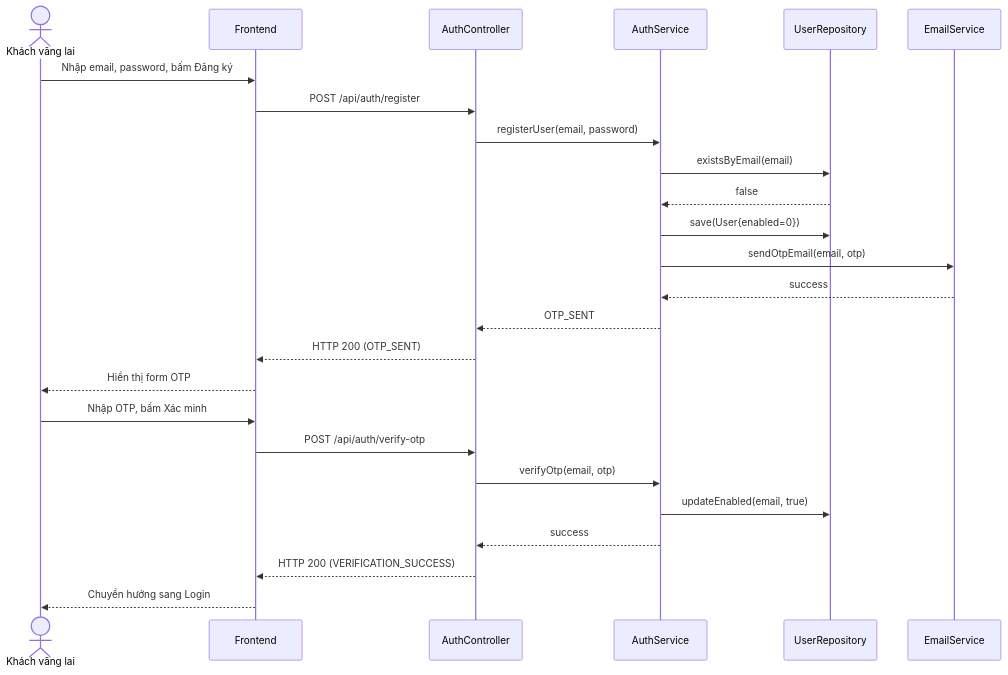
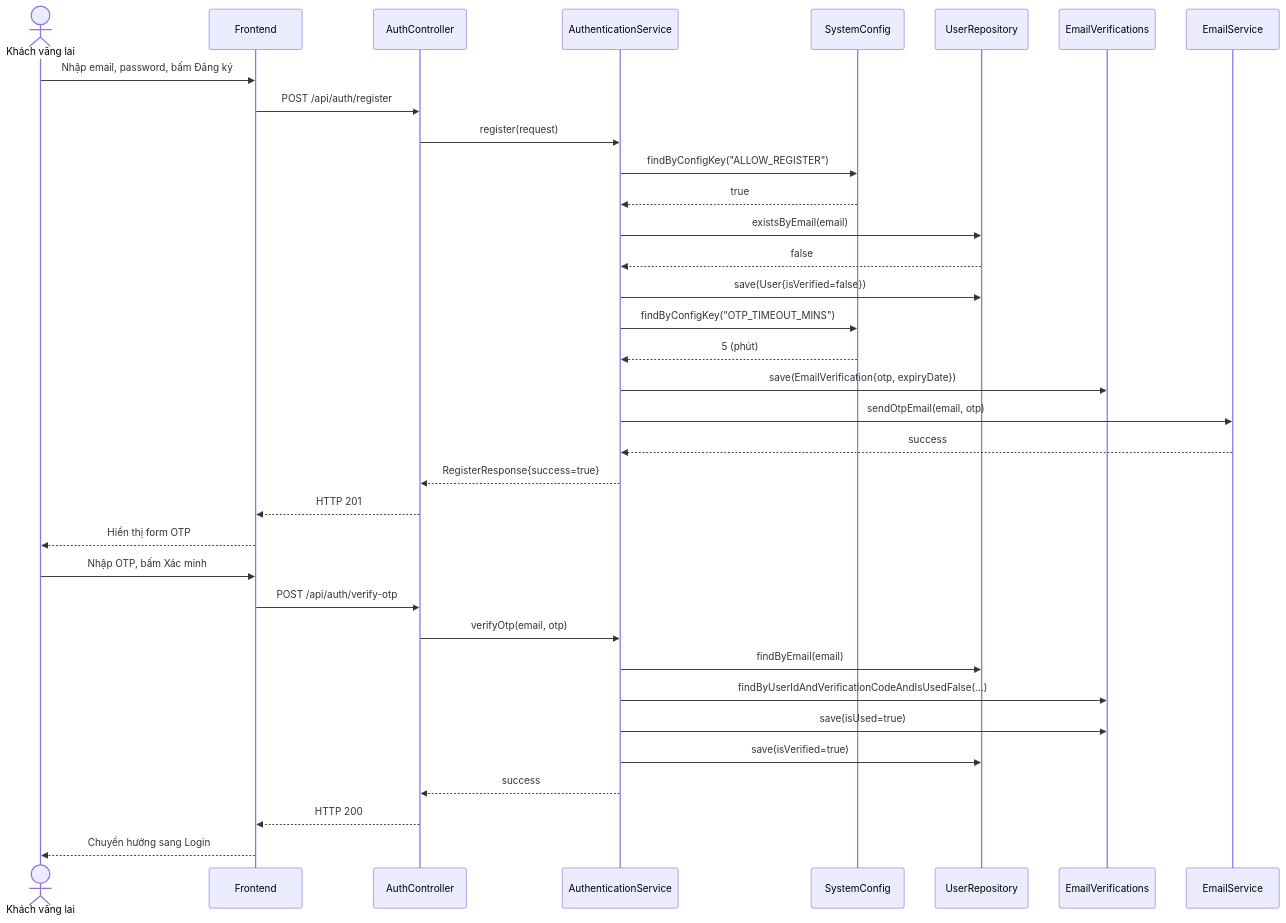
The first of 2 diagrams in MMO_Market/MMO_Market (3)/MMO_Market/.sdd/specs/backend/feat-auth/UC-01-authentication.md (Vietanh1712/mmo-system), drawn with Mermaid before and after one commit. The commit also changed other lines of this file and 49 other files, not shown here.

````diff
--- a/MMO_Market/MMO_Market (3)/MMO_Market/.sdd/specs/backend/feat-auth/UC-01-authentication.md
+++ b/MMO_Market/MMO_Market (3)/MMO_Market/.sdd/specs/backend/feat-auth/UC-01-authentication.md
@@ -118,28 +251,38 @@
 ```mermaid
 sequenceDiagram
     actor G as Khách vãng lai
     participant FE as Frontend
     participant AC as AuthController
-    participant AS as AuthService
+    participant AS as AuthenticationService
+    participant SC as SystemConfig
     participant UR as UserRepository
+    participant EV as EmailVerifications
     participant ES as EmailService
 
     G->>FE: Nhập email, password, bấm Đăng ký
     FE->>AC: POST /api/auth/register
-    AC->>AS: registerUser(email, password)
+    AC->>AS: register(request)
+    AS->>SC: findByConfigKey("ALLOW_REGISTER")
+    SC-->>AS: true
     AS->>UR: existsByEmail(email)
     UR-->>AS: false
-    AS->>UR: save(User{enabled=0})
+    AS->>UR: save(User{isVerified=false})
+    AS->>SC: findByConfigKey("OTP_TIMEOUT_MINS")
+    SC-->>AS: 5 (phút)
+    AS->>EV: save(EmailVerification{otp, expiryDate})
     AS->>ES: sendOtpEmail(email, otp)
     ES-->>AS: success
-    AS-->>AC: OTP_SENT
-    AC-->>FE: HTTP 200 (OTP_SENT)
+    AS-->>AC: RegisterResponse{success=true}
+    AC-->>FE: HTTP 201
     FE-->>G: Hiển thị form OTP
     G->>FE: Nhập OTP, bấm Xác minh
     FE->>AC: POST /api/auth/verify-otp
     AC->>AS: verifyOtp(email, otp)
-    AS->>UR: updateEnabled(email, true)
+    AS->>UR: findByEmail(email)
+    AS->>EV: findByUserIdAndVerificationCodeAndIsUsedFalse(...)
+    AS->>EV: save(isUsed=true)
+    AS->>UR: save(isVerified=true)
     AS-->>AC: success
-    AC-->>FE: HTTP 200 (VERIFICATION_SUCCESS)
+    AC-->>FE: HTTP 200
     FE-->>G: Chuyển hướng sang Login
 ```
````
